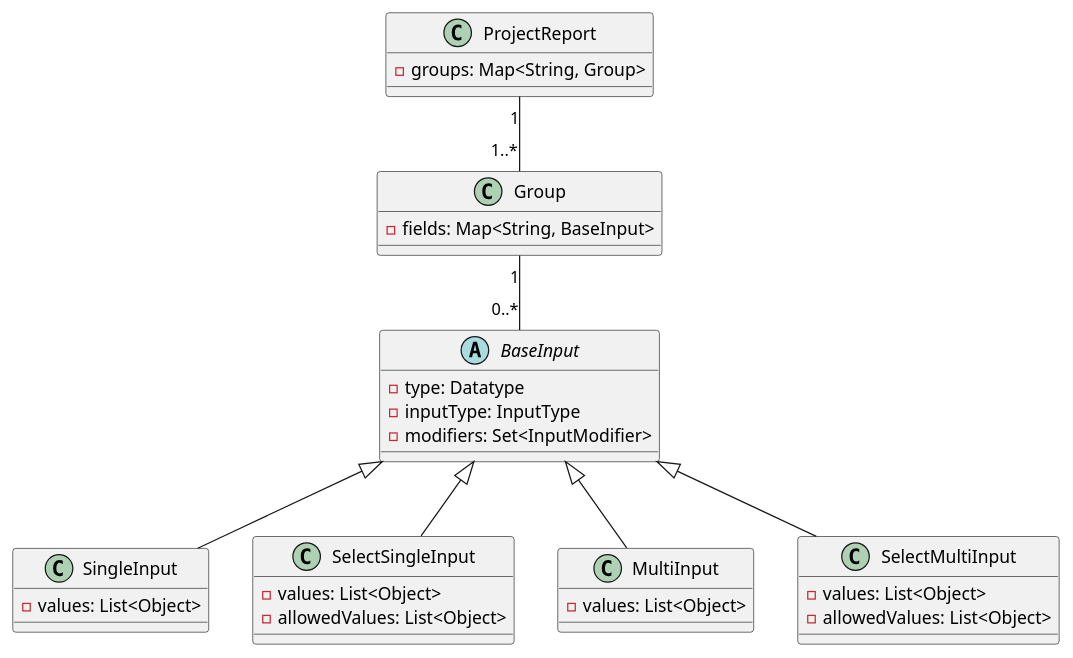
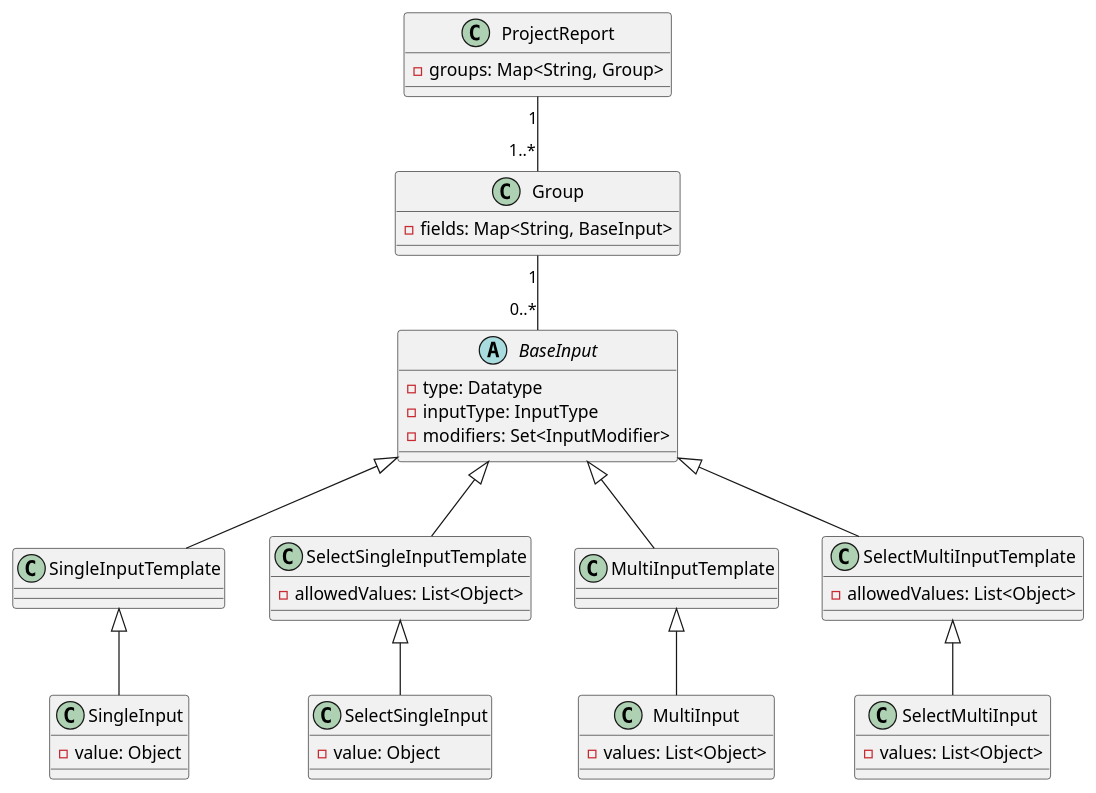
The diagram in documentation/backend/old_frontend_datastructure.puml (informatik-heilbronn/transparenz-cockpit), drawn with PlantUML before and after one commit. The commit also changed 1 other file, not shown here.

Commit message:
PlantUML Update frontend Templates

```diff
--- a/documentation/backend/old_frontend_datastructure.puml
+++ b/documentation/backend/old_frontend_datastructure.puml
@@ -1,35 +1,50 @@
 @startuml Transparent_old_datastructure
 Class ProjectReport{
 - groups: Map<String, Group>
 }
 Class Group{
 - fields: Map<String, BaseInput>
 }
 abstract Class BaseInput{
 - type: Datatype
 - inputType: InputType
 - modifiers: Set<InputModifier>
 }
+Class SingleInputTemplate{
+}
+Class SelectSingleInputTemplate{
+- allowedValues: List<Object>
+}
+Class MultiInputTemplate{
+}
+Class SelectMultiInputTemplate{
+- allowedValues: List<Object>
+}
+
 Class SingleInput{
-- values: List<Object>
+- value: Object
 }
 Class SelectSingleInput{
-- values: List<Object>
-- allowedValues: List<Object>
+- value: Object
 }
 Class MultiInput{
 - values: List<Object>
 }
 Class SelectMultiInput{
 - values: List<Object>
-- allowedValues: List<Object>
 }
 
-BaseInput <|-- SingleInput
-BaseInput <|-- SelectSingleInput
-BaseInput <|-- MultiInput
-BaseInput <|-- SelectMultiInput
+
+BaseInput <|-- SingleInputTemplate
+BaseInput <|-- SelectSingleInputTemplate
+BaseInput <|-- MultiInputTemplate
+BaseInput <|-- SelectMultiInputTemplate
+
+SingleInputTemplate <|-- SingleInput
+SelectSingleInputTemplate <|-- SelectSingleInput
+MultiInputTemplate <|-- MultiInput
+SelectMultiInputTemplate <|-- SelectMultiInput
 
 ProjectReport "1" -- "1..*" Group
 Group "1" -- "0..*" BaseInput
 @enduml
```
